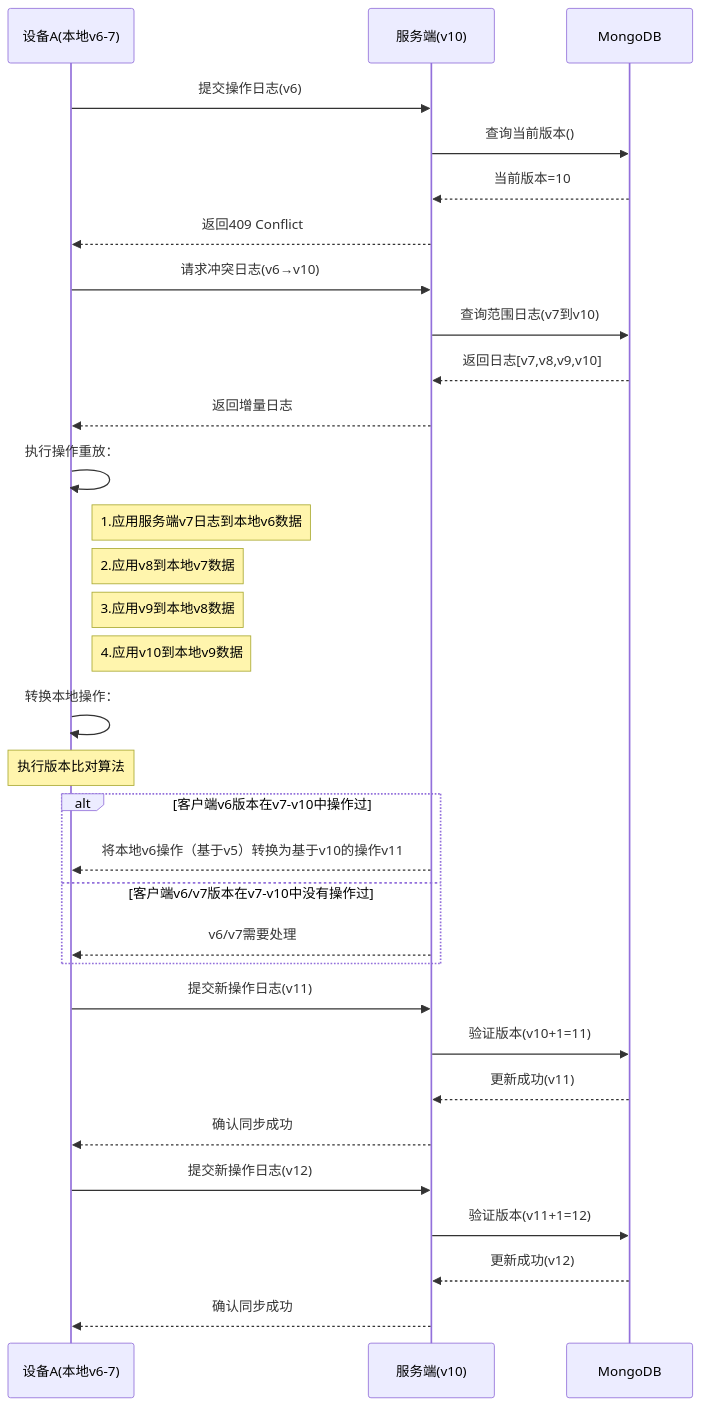
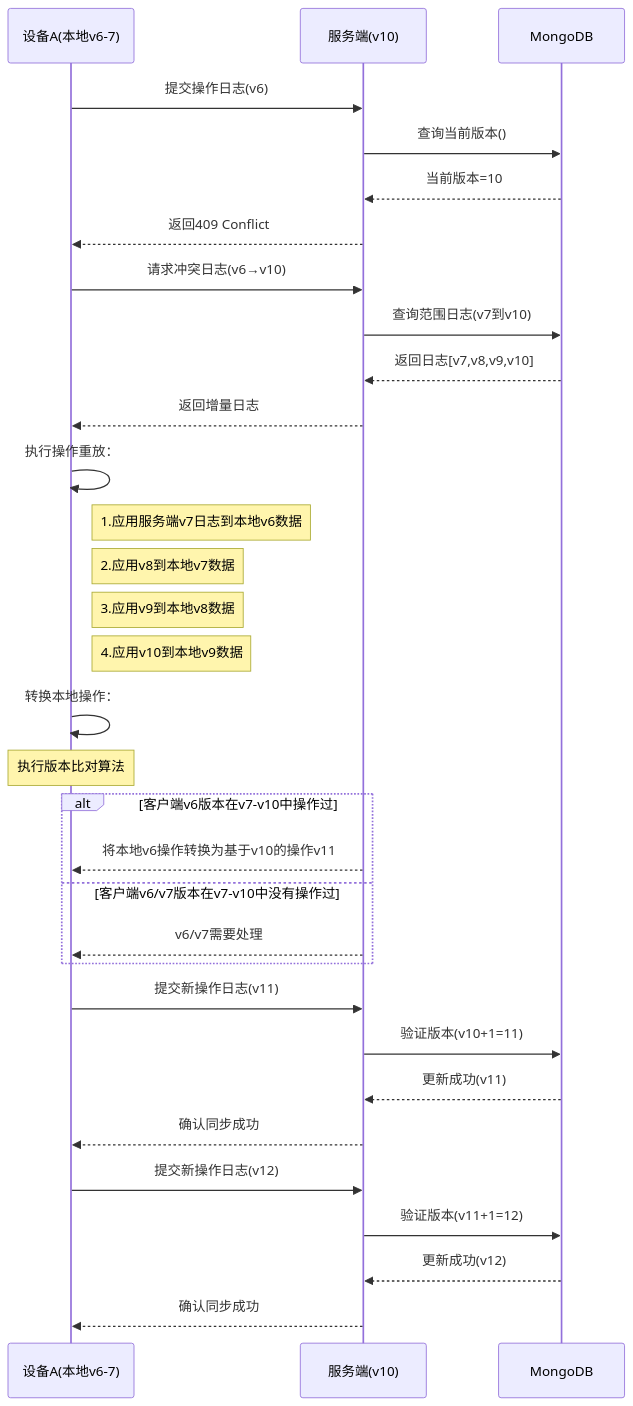
The diagram in all/未命名-26.md (yingjianzh/iodraw-files), drawn with Mermaid before and after one commit.

Commit message:
2025-02-26 16:53:13 update

````diff
--- a/all/未命名-26.md
+++ b/all/未命名-26.md
@@ -1,46 +1,46 @@
 ```mermaid
 sequenceDiagram
     participant A as 设备A(本地v6-7)
     participant S as 服务端(v10)
     participant DB as MongoDB
 
     %% 初始同步尝试
     A->>S: 提交操作日志(v6)
     S->>DB: 查询当前版本()
     DB-->>S: 当前版本=10
     S-->>A: 返回409 Conflict
 
     %% 冲突解决阶段
     A->>S: 请求冲突日志(v6→v10)
     S->>DB: 查询范围日志(v7到v10)
     DB-->>S: 返回日志[v7,v8,v9,v10]
     S-->>A: 返回增量日志
 
 
     %% 本地数据重建
     A->>A: 执行操作重放：
     note right of A: 1.应用服务端v7日志到本地v6数据
     note right of A: 2.应用v8到本地v7数据
     note right of A: 3.应用v9到本地v8数据
     note right of A: 4.应用v10到本地v9数据
 
     %% 本地操作转换
     A->>A: 转换本地操作：
     Note over A: 执行版本比对算法
     alt 客户端v6版本在v7-v10中操作过
-        S-->>A: 将本地v6操作（基于v5）转换为基于v10的操作v11
+        S-->>A: 将本地v6操作转换为基于v10的操作v11
     else 客户端v6/v7版本在v7-v10中没有操作过
         S-->>A: v6/v7需要处理
     end
 
     %% 重新提交
     A->>S: 提交新操作日志(v11)
     S->>DB: 验证版本(v10+1=11)
     DB-->>S: 更新成功(v11)
     S-->>A: 确认同步成功
 
     A->>S: 提交新操作日志(v12)
     S->>DB: 验证版本(v11+1=12)
     DB-->>S: 更新成功(v12)
     S-->>A: 确认同步成功
 ```
````
